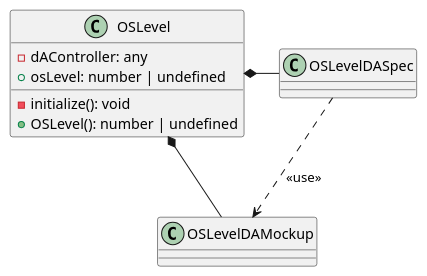
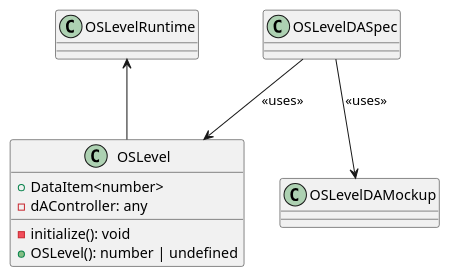
Before and after one commit to p2o-lab/polaris-backend: the diagram in src/modularPlantManager/pea/dataAssembly/_extensions/osLevelDA/OSLevel.puml, drawn with PlantUML. The commit also changed 21 other files, not shown here.

```diff
--- a/src/modularPlantManager/pea/dataAssembly/_extensions/osLevelDA/OSLevel.puml
+++ b/src/modularPlantManager/pea/dataAssembly/_extensions/osLevelDA/OSLevel.puml
@@ -26,14 +26,17 @@
 @startuml
 'https://plantuml.com/class-diagram
 
+interface OSLevel{
+    + DataItem<number>
+}
+
 class OSLevel{
     - dAController: any
-    + osLevel: number | undefined
     - initialize(): void
     + OSLevel(): number | undefined
 }
 
-OSLevel *- OSLevelDASpec
-OSLevelDASpec ..> OSLevelDAMockup : <<use>>
-OSLevel *- OSLevelDAMockup
+OSLevelRuntime <-- OSLevel
+OSLevelDASpec --> OSLevel : <<uses>>
+OSLevelDASpec --> OSLevelDAMockup : <<uses>>
 @enduml
```
